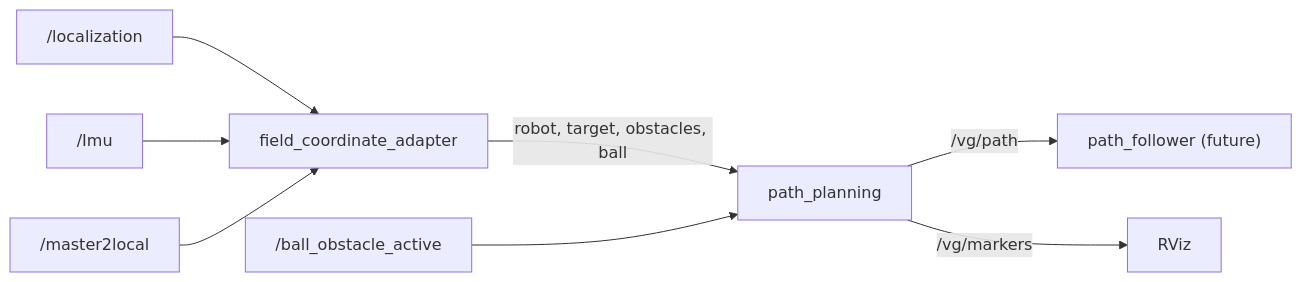
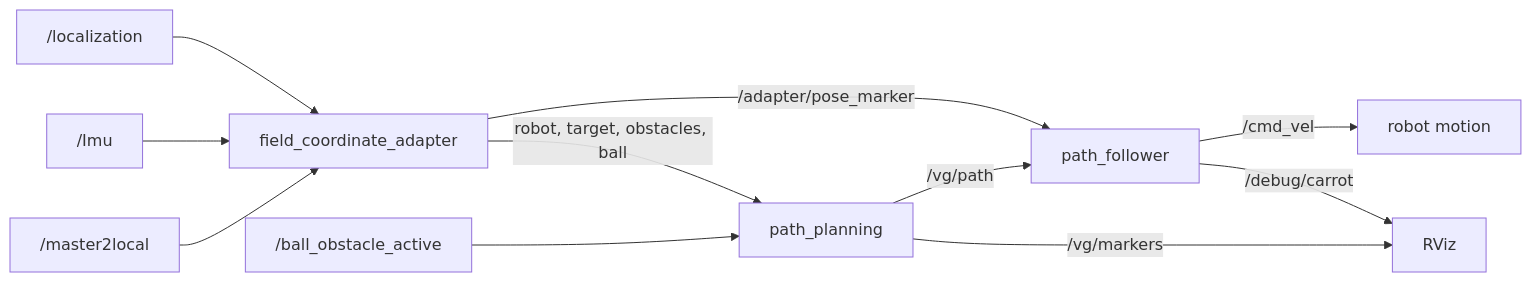
One commit to kgh2005/humanoid_navigation_stack changed the diagram in docs/architecture.md. Above: the diagram before and after it, drawn with Mermaid. The commit also changed other lines of this file and 28 other files, not shown here.

First line of the commit message:
feat(navigation): add path follower and full-stack bringup

```diff
--- a/docs/architecture.md
+++ b/docs/architecture.md
@@ -5,12 +5,15 @@
 ~~~mermaid
 flowchart LR
     Localization["/localization"] --> Adapter["field_coordinate_adapter"]
     Imu["/Imu"] --> Adapter
     Target["/master2local"] --> Adapter
 
     Adapter -->|robot, target, obstacles, ball| Planner["path_planning"]
     BallControl["/ball_obstacle_active"] --> Planner
 
-    Planner -->|/vg/path| Follower["path_follower (future)"]
+    Adapter -->|/adapter/pose_marker| Follower["path_follower"]
+    Planner -->|/vg/path| Follower
+    Follower -->|/cmd_vel| Motion["robot motion"]
+    Follower -->|/debug/carrot| RViz
     Planner -->|/vg/markers| RViz
 ~~~
```
